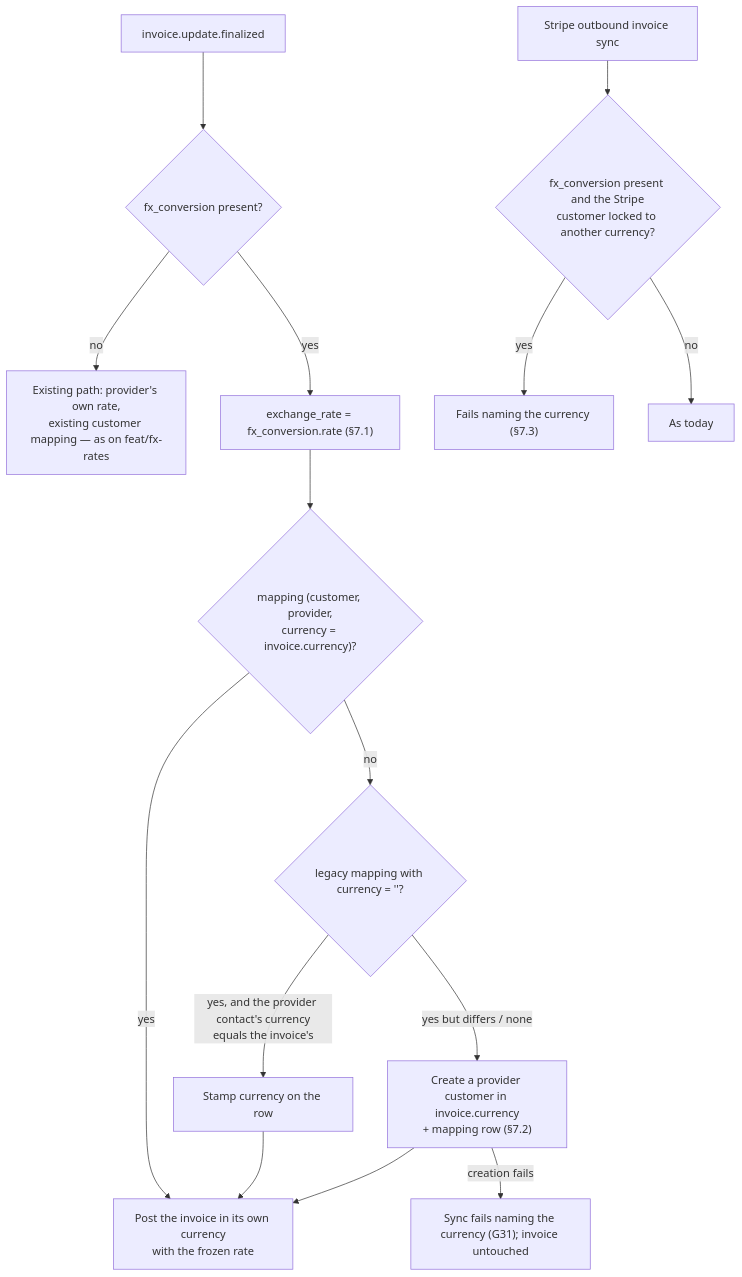
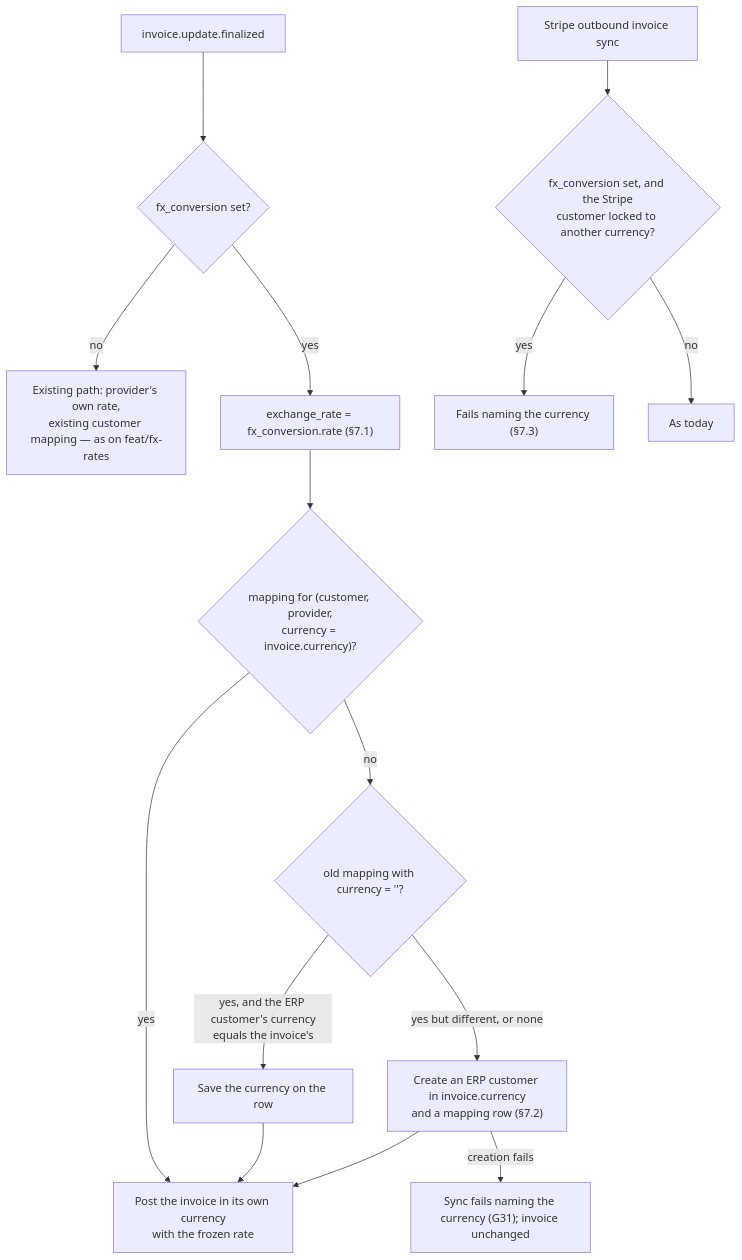
The seventh of 7 diagrams in docs/design/2026-09-26-FLE-1383-adaptive-multi-currency-phase1-erd.md (aghijap/flexprice-FLE-1411), drawn with Mermaid before and after one commit. The commit also changed other lines of this file and 1 other file, not shown here.

````diff
--- a/docs/design/2026-09-26-FLE-1383-adaptive-multi-currency-phase1-erd.md
+++ b/docs/design/2026-09-26-FLE-1383-adaptive-multi-currency-phase1-erd.md
@@ -982,15 +961,15 @@
 ```mermaid
 flowchart TD
-    E["invoice.update.finalized"] --> FXQ{"fx_conversion present?"}
+    E["invoice.update.finalized"] --> FXQ{"fx_conversion set?"}
     FXQ -- no --> LEG["Existing path: provider's own rate,<br/>existing customer mapping — as on feat/fx-rates"]
     FXQ -- yes --> RATE["exchange_rate = fx_conversion.rate (§7.1)"]
-    RATE --> MAP{"mapping (customer, provider,<br/>currency = invoice.currency)?"}
+    RATE --> MAP{"mapping for (customer, provider,<br/>currency = invoice.currency)?"}
     MAP -- yes --> POST["Post the invoice in its own currency<br/>with the frozen rate"]
-    MAP -- no --> LEGM{"legacy mapping with currency = ''?"}
-    LEGM -- "yes, and the provider contact's currency<br/>equals the invoice's" --> STAMP["Stamp currency on the row"] --> POST
-    LEGM -- "yes but differs / none" --> NEW["Create a provider customer in invoice.currency<br/>+ mapping row (§7.2)"] --> POST
-    NEW -- "creation fails" --> FAIL["Sync fails naming the currency (G31); invoice untouched"]
-    STR["Stripe outbound invoice sync"] --> STQ{"fx_conversion present and the Stripe<br/>customer locked to another currency?"}
+    MAP -- no --> LEGM{"old mapping with currency = ''?"}
+    LEGM -- "yes, and the ERP customer's currency<br/>equals the invoice's" --> STAMP["Save the currency on the row"] --> POST
+    LEGM -- "yes but different, or none" --> NEW["Create an ERP customer in invoice.currency<br/>and a mapping row (§7.2)"] --> POST
+    NEW -- "creation fails" --> FAIL["Sync fails naming the currency (G31); invoice unchanged"]
+    STR["Stripe outbound invoice sync"] --> STQ{"fx_conversion set, and the Stripe<br/>customer locked to another currency?"}
     STQ -- yes --> SF["Fails naming the currency (§7.3)"]
     STQ -- no --> SOK["As today"]
 ```
````
